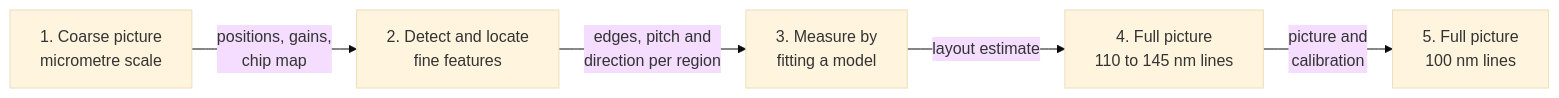
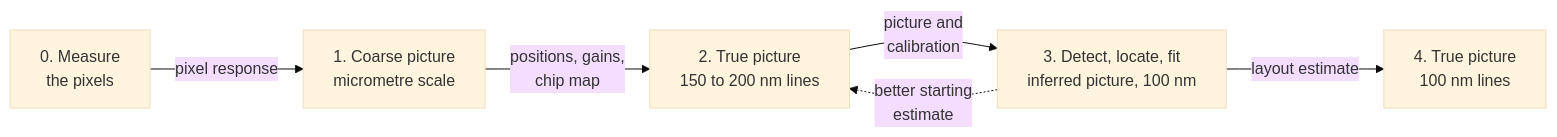
Before and after one commit to mithro/ccd-superres: the second of 4 diagrams in docs/design.md, drawn with Mermaid (base theme). The commit also changed other lines of this file and 1 other file, not shown here.

````diff
--- a/docs/design.md
+++ b/docs/design.md
@@ -501,12 +501,13 @@
 ```mermaid
 flowchart LR
+    S0["0. Measure<br/>the pixels"]
     S1["1. Coarse picture<br/>micrometre scale"]
-    S2["2. Detect and locate<br/>fine features"]
-    S3["3. Measure by<br/>fitting a model"]
-    S4["4. Full picture<br/>110 to 145 nm lines"]
-    S5["5. Full picture<br/>100 nm lines"]
+    S2["2. True picture<br/>150 to 200 nm lines"]
+    S3["3. Detect, locate, fit<br/>inferred picture, 100 nm"]
+    S4["4. True picture<br/>100 nm lines"]
+    S0 -->|"pixel response"| S1
     S1 -->|"positions, gains,<br/>chip map"| S2
-    S2 -->|"edges, pitch and<br/>direction per region"| S3
+    S2 -->|"picture and<br/>calibration"| S3
     S3 -->|"layout estimate"| S4
-    S4 -->|"picture and<br/>calibration"| S5
+    S3 -.->|"better starting<br/>estimate"| S2
 ```
````
